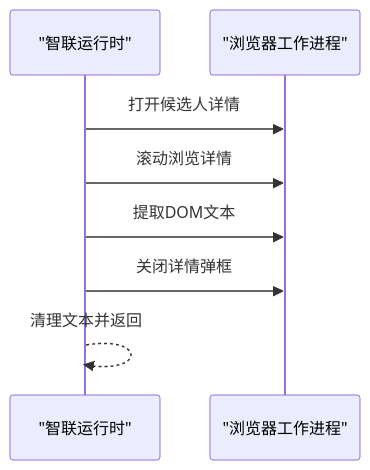
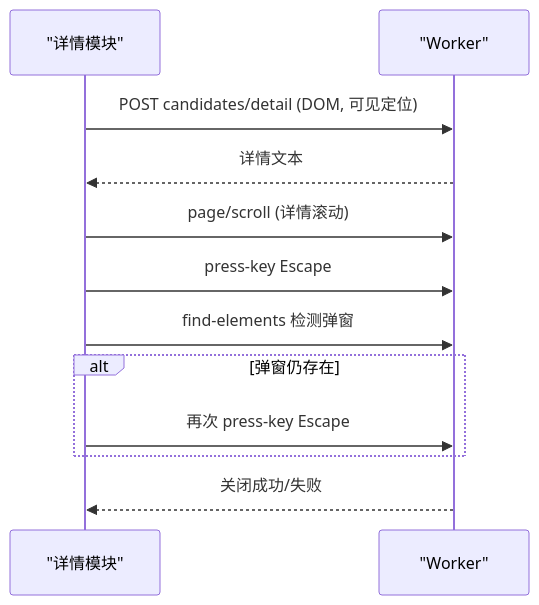
Before and after one commit to alvinwangzi/goodhr: the seventh of 10 diagrams in .qoder/repowiki/zh/content/系统架构/本地Agent架构/平台适配器系统/智联招聘适配器.md, drawn with Mermaid. The commit also changed other lines of this file and 149 other files, not shown here.

````diff
--- a/.qoder/repowiki/zh/content/系统架构/本地Agent架构/平台适配器系统/智联招聘适配器.md
+++ b/.qoder/repowiki/zh/content/系统架构/本地Agent架构/平台适配器系统/智联招聘适配器.md
@@ -245,10 +279,14 @@
 ```mermaid
 sequenceDiagram
-participant ZR as "智联运行时"
-participant Browser as "浏览器工作进程"
-ZR->>Browser : 打开候选人详情
-ZR->>Browser : 滚动浏览详情
-ZR->>Browser : 提取DOM文本
-ZR->>Browser : 关闭详情弹框
-ZR-->>ZR : 清理文本并返回
+participant D as "详情模块"
+participant W as "Worker"
+D->>W : POST candidates/detail (DOM, 可见定位)
+W-->>D : 详情文本
+D->>W : page/scroll (详情滚动)
+D->>W : press-key Escape
+D->>W : find-elements 检测弹窗
+alt 弹窗仍存在
+D->>W : 再次 press-key Escape
+end
+W-->>D : 关闭成功/失败
 ```
````
